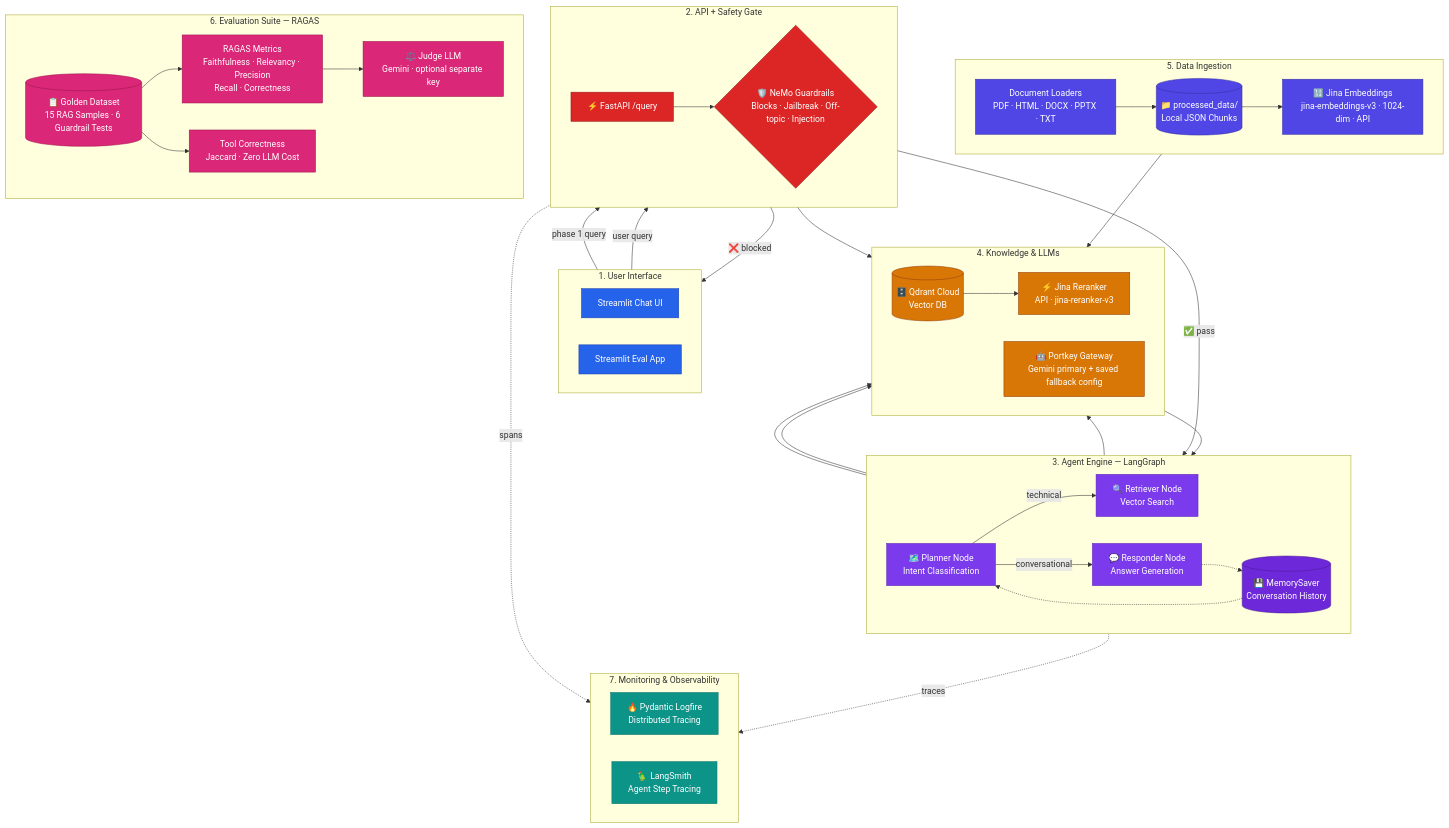
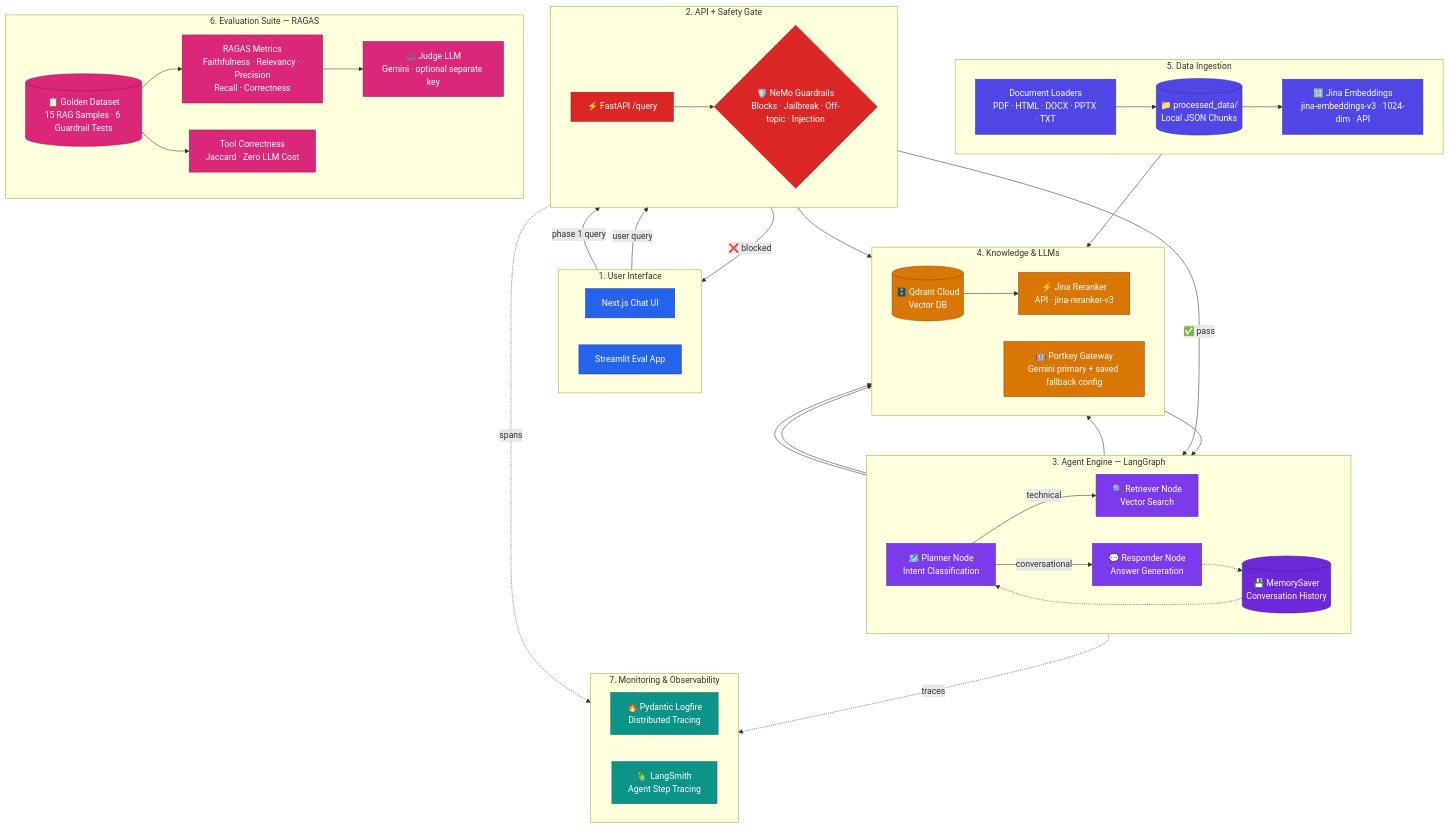
The second of 3 diagrams in ARCHITECTURE.md (Bibek1008/Production-Grade-Scalable-Advance-RAG), drawn with Mermaid before and after one commit. The commit also changed other lines of this file and 29 other files, not shown here.

Commit message:
Clean up Render and Vercel deployment architecture

```diff
--- a/ARCHITECTURE.md
+++ b/ARCHITECTURE.md
@@ -125,7 +125,7 @@
 
     subgraph UI ["1. User Interface"]
         direction LR
-        CHAT["Streamlit Chat UI"]
+        CHAT["Next.js Chat UI"]
         EAPP["Streamlit Eval App"]
     end
 
```
